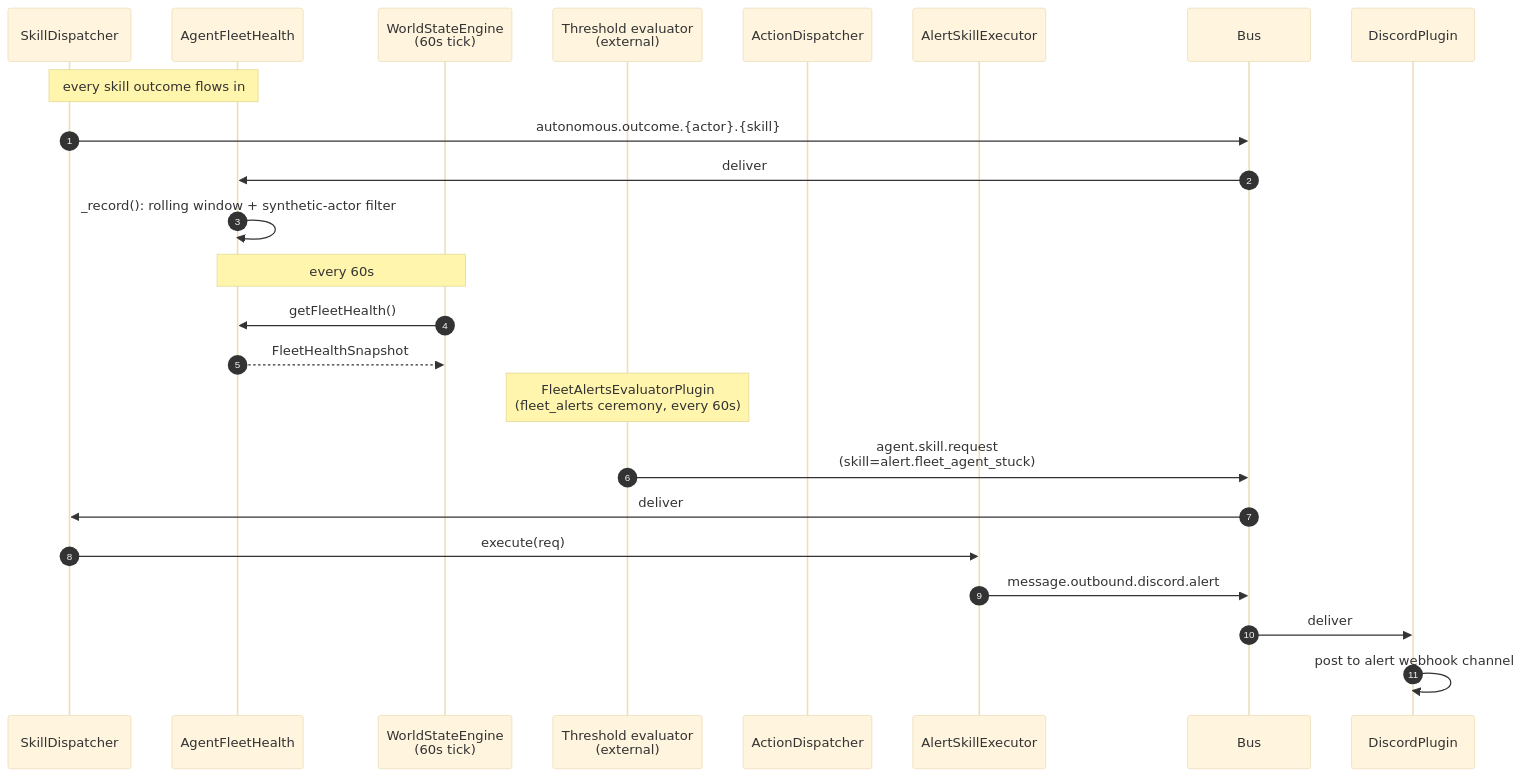
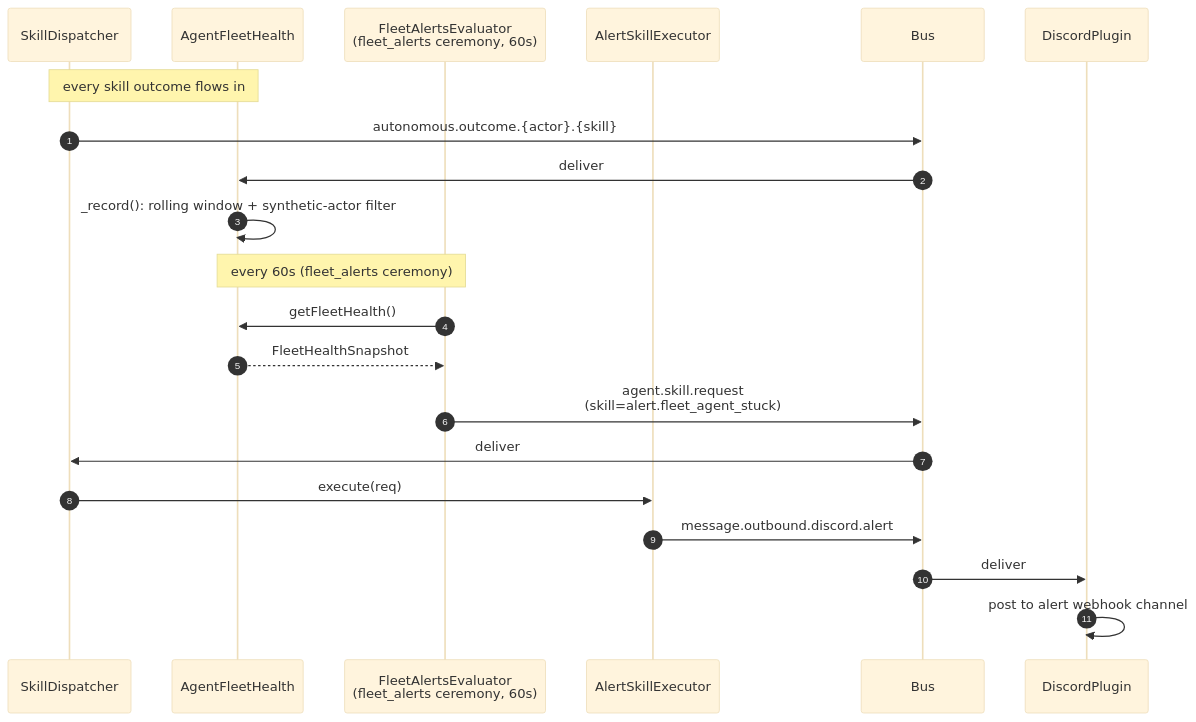
Before and after one commit to protoLabsAI/protoWorkstacean: the first of 2 diagrams in docs/architecture/flow-alert-remediator.md, drawn with Mermaid (base theme). The commit also changed other lines of this file and 16 other files, not shown here.

````diff
--- a/docs/architecture/flow-alert-remediator.md
+++ b/docs/architecture/flow-alert-remediator.md
@@ -77,29 +78,25 @@
 ```mermaid
 sequenceDiagram
     autonumber
     participant SD as SkillDispatcher
     participant FH as AgentFleetHealth
-    participant WSE as WorldStateEngine<br/>(60s tick)
-    participant TE as Threshold evaluator<br/>(external)
-    participant AD as ActionDispatcher
+    participant TE as FleetAlertsEvaluator<br/>(fleet_alerts ceremony, 60s)
     participant AE as AlertSkillExecutor
     participant Bus as Bus
     participant DP as DiscordPlugin
 
     Note over SD,FH: every skill outcome flows in
     SD->>Bus: autonomous.outcome.{actor}.{skill}
     Bus->>FH: deliver
     FH->>FH: _record(): rolling window + synthetic-actor filter
 
-    Note over WSE,FH: every 60s
-    WSE->>FH: getFleetHealth()
-    FH-->>WSE: FleetHealthSnapshot
-
-    Note over TE: FleetAlertsEvaluatorPlugin<br/>(fleet_alerts ceremony, every 60s)
+    Note over TE,FH: every 60s (fleet_alerts ceremony)
+    TE->>FH: getFleetHealth()
+    FH-->>TE: FleetHealthSnapshot
     TE->>Bus: agent.skill.request<br/>(skill=alert.fleet_agent_stuck)
     Bus->>SD: deliver
     SD->>AE: execute(req)
     AE->>Bus: message.outbound.discord.alert
     Bus->>DP: deliver
     DP->>DP: post to alert webhook channel
 ```
````
